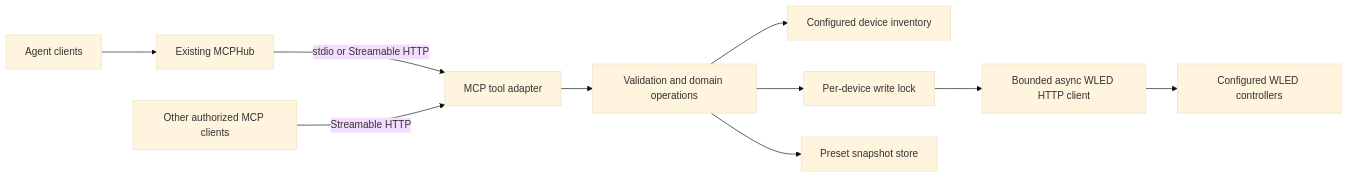
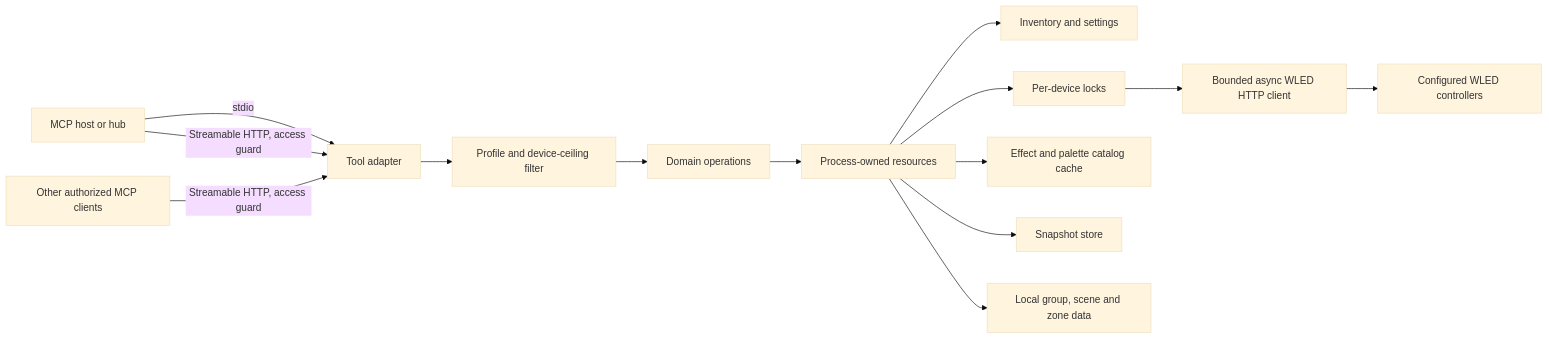
Before and after one commit to descipar/wled-mcp: the diagram in docs/ARCHITECTURE.md, drawn with Mermaid (base theme). The commit also changed other lines of this file and 15 other files, not shown here.

First line of the commit message:
Docs: troubleshooting page, current architecture guide and stale-statement fixes (#23) (#218)

````diff
--- a/docs/ARCHITECTURE.md
+++ b/docs/ARCHITECTURE.md
@@ -28,12 +13,16 @@
 ```mermaid
 flowchart LR
-  A[Agent clients] --> H[Existing MCPHub]
-  H -->|stdio or Streamable HTTP| M[MCP tool adapter]
-  X[Other authorized MCP clients] -->|Streamable HTTP| M
-  M --> V[Validation and domain operations]
-  V --> I[Configured device inventory]
-  V --> L[Per-device write lock]
-  V --> B[Preset snapshot store]
+  A[MCP host or hub] -->|stdio| S[Tool adapter]
+  A -->|Streamable HTTP, access guard| S
+  X[Other authorized MCP clients] -->|Streamable HTTP, access guard| S
+  S --> F[Profile and device-ceiling filter]
+  F --> O[Domain operations]
+  O --> R[Process-owned resources]
+  R --> I[Inventory and settings]
+  R --> L[Per-device locks]
+  R --> K[Effect and palette catalog cache]
+  R --> B[Snapshot store]
+  R --> D[Local group, scene and zone data]
   L --> C[Bounded async WLED HTTP client]
   C --> W[Configured WLED controllers]
 ```
````
